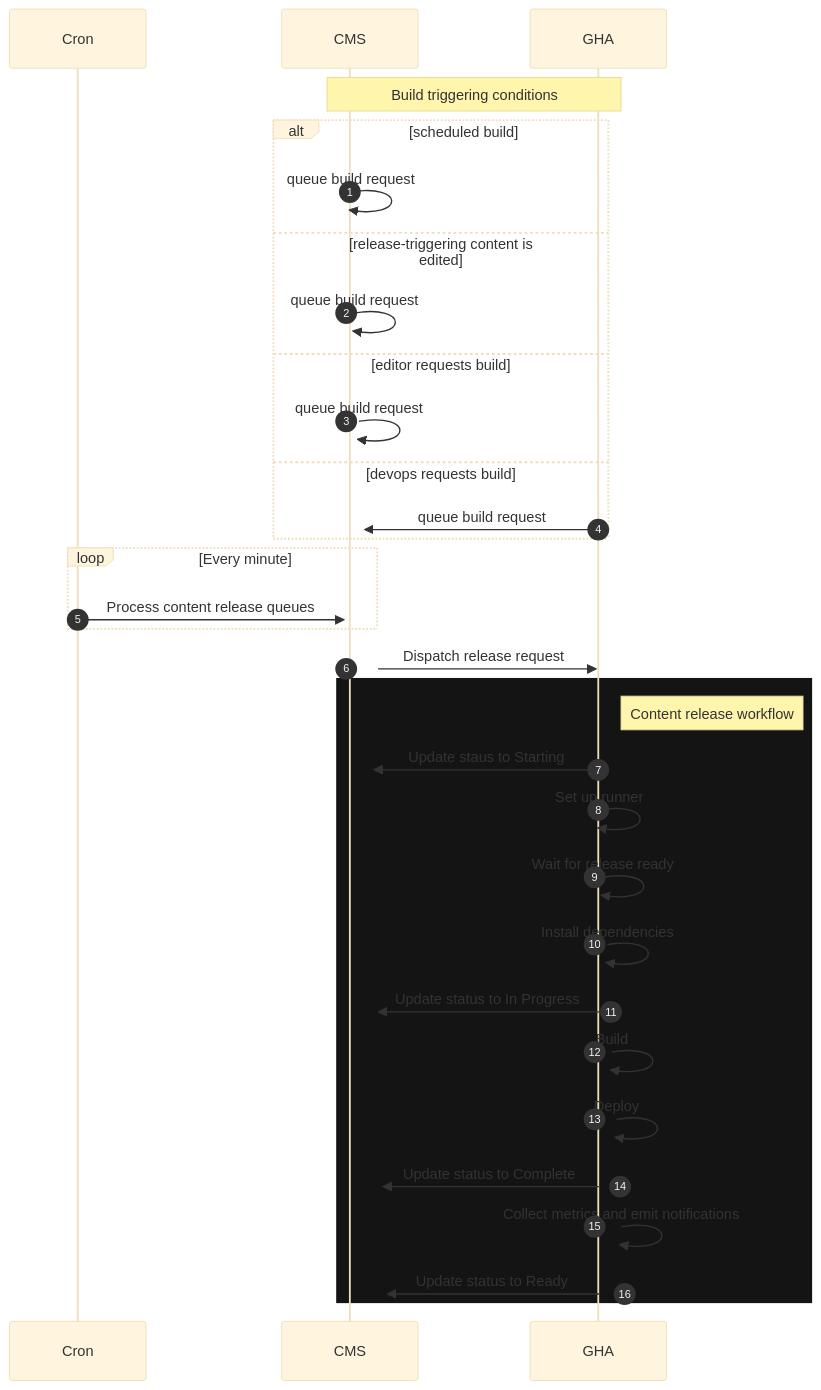
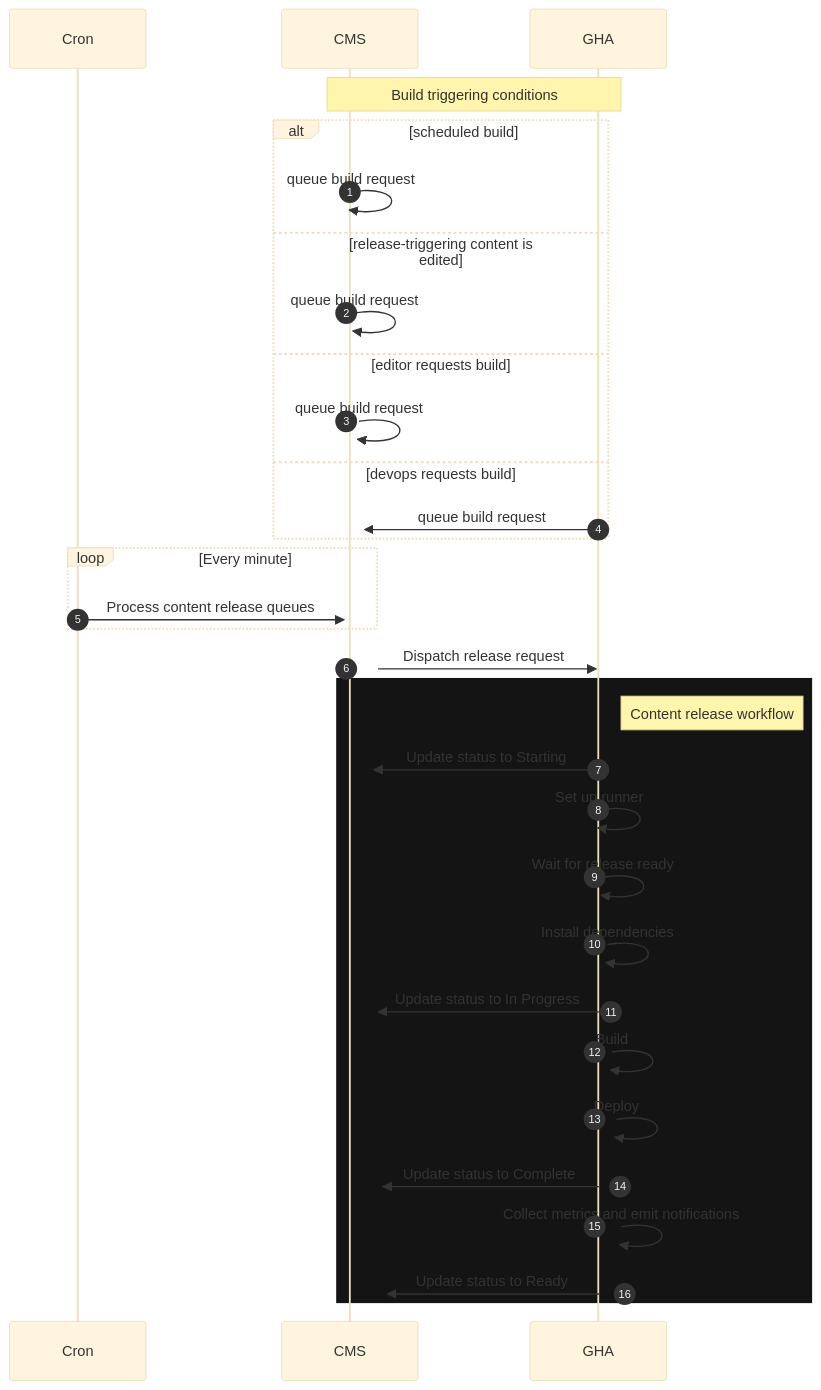
One commit to department-of-veterans-affairs/va.gov-cms changed the first of 2 diagrams in READMES/cms-content-release.md. Above: the diagram before and after it, drawn with Mermaid (base theme). The commit also changed 22 other files, not shown here.

````diff
--- a/READMES/cms-content-release.md
+++ b/READMES/cms-content-release.md
@@ -59,38 +59,38 @@
 ```mermaid
 sequenceDiagram
     autonumber
 
     participant Cron
     participant CMS
     participant GHA
 
     Note over GHA,CMS: Build triggering conditions
     alt scheduled build
         CMS->>+CMS: queue build request
     else release-triggering content is edited
         CMS->>+CMS: queue build request
     else editor requests build
         CMS->>+CMS: queue build request
     else devops requests build
         GHA->>+CMS: queue build request
     end
 
     loop Every minute
         Cron->>+CMS: Process content release queues
     end
 
     CMS->>GHA: Dispatch release request
     rect rgb(20,20,20)
     Note right of GHA: Content release workflow
-    GHA->>+CMS: Update staus to Starting
+    GHA->>+CMS: Update status to Starting
     GHA->>+GHA: Set up runner
     GHA->>+GHA: Wait for release ready
     GHA->>+GHA: Install dependencies
     GHA->>+CMS: Update status to In Progress
     GHA->>+GHA: Build
     GHA->>+GHA: Deploy
     GHA->>+CMS: Update status to Complete
     GHA->>+GHA: Collect metrics and emit notifications
     GHA->>+CMS: Update status to Ready
     end
 ```
````
